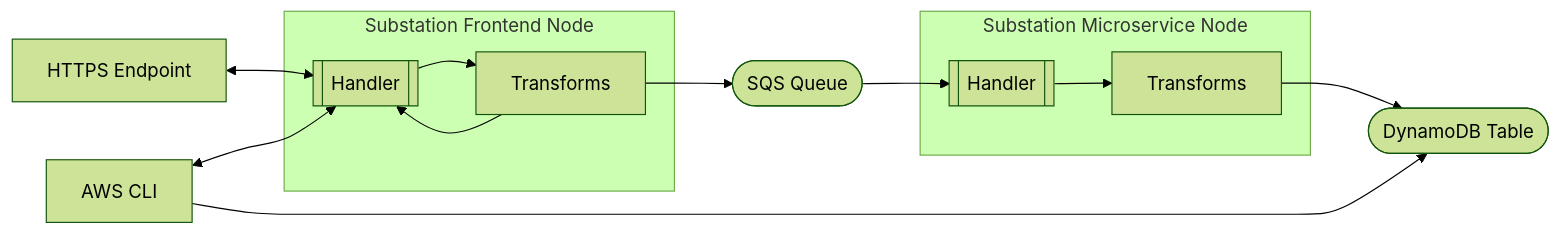
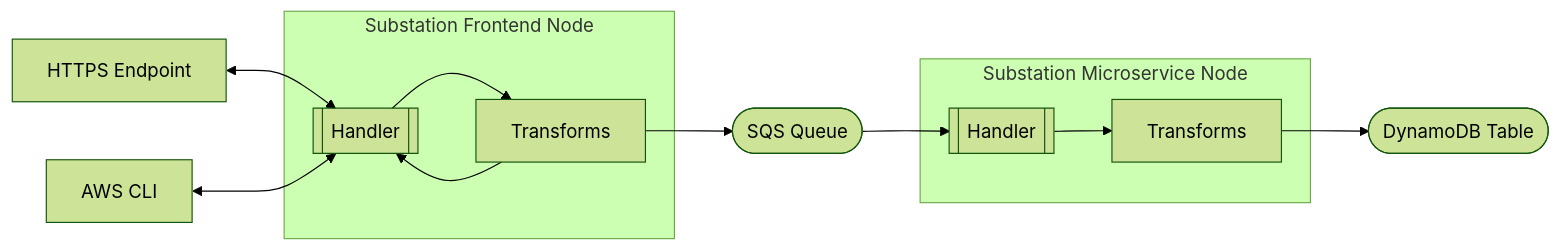
One commit to brexhq/substation changed the sixth of 6 diagrams in examples/aws/README.md. Above: the diagram before and after it, drawn with Mermaid (forest theme).

````diff
--- a/examples/aws/README.md
+++ b/examples/aws/README.md
@@ -171,32 +171,31 @@
 ```mermaid
 
 flowchart LR
     %% resources
     gateway[HTTPS Endpoint]
     cli[AWS CLI]
     sqs([SQS Queue])
     ddb([DynamoDB Table])
 
     gatewayHandler[[Handler]]
     gatewayTransforms[Transforms]
 
     microserviceHandler[[Handler]]
     microserviceTransforms[Transforms]
 
     %% connections
     gateway <--> gatewayHandler
     cli <--> gatewayHandler
 
     subgraph Substation Frontend Node
     gatewayHandler --> gatewayTransforms --> gatewayHandler
     end
 
     gatewayTransforms --> sqs --> microserviceHandler
 
     subgraph Substation Microservice Node
     microserviceHandler --> microserviceTransforms
     end
 
     microserviceTransforms --> ddb
-    cli --> ddb
 ```
````
